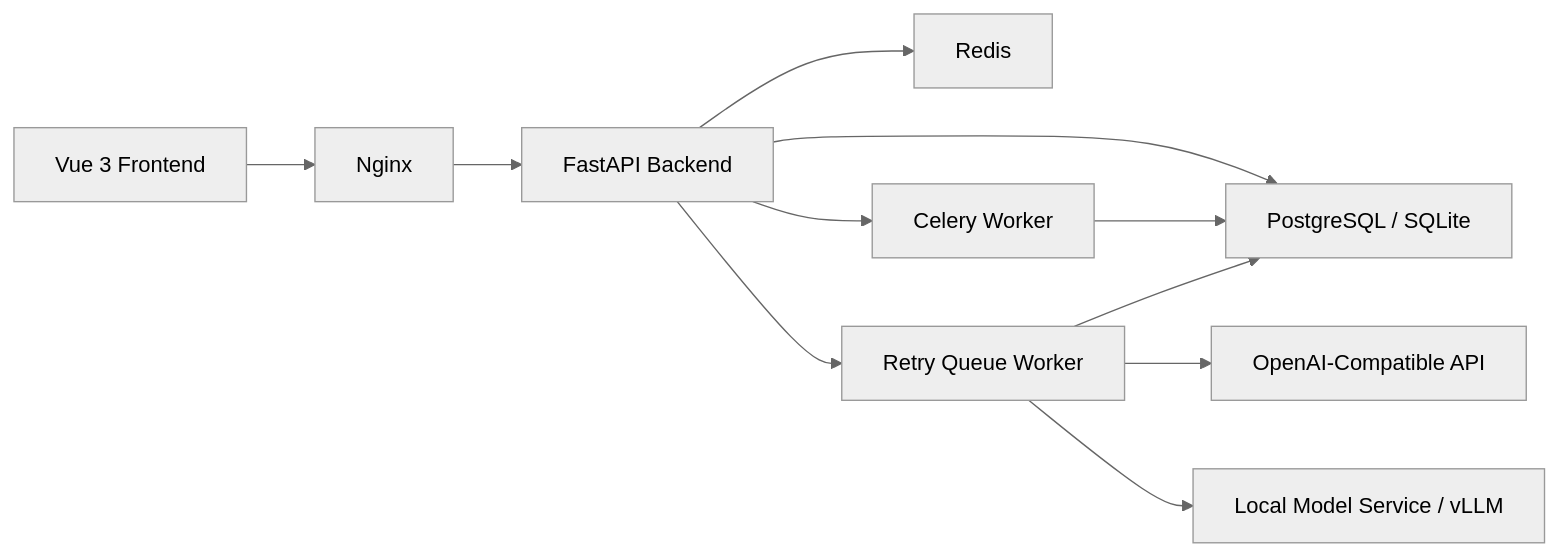
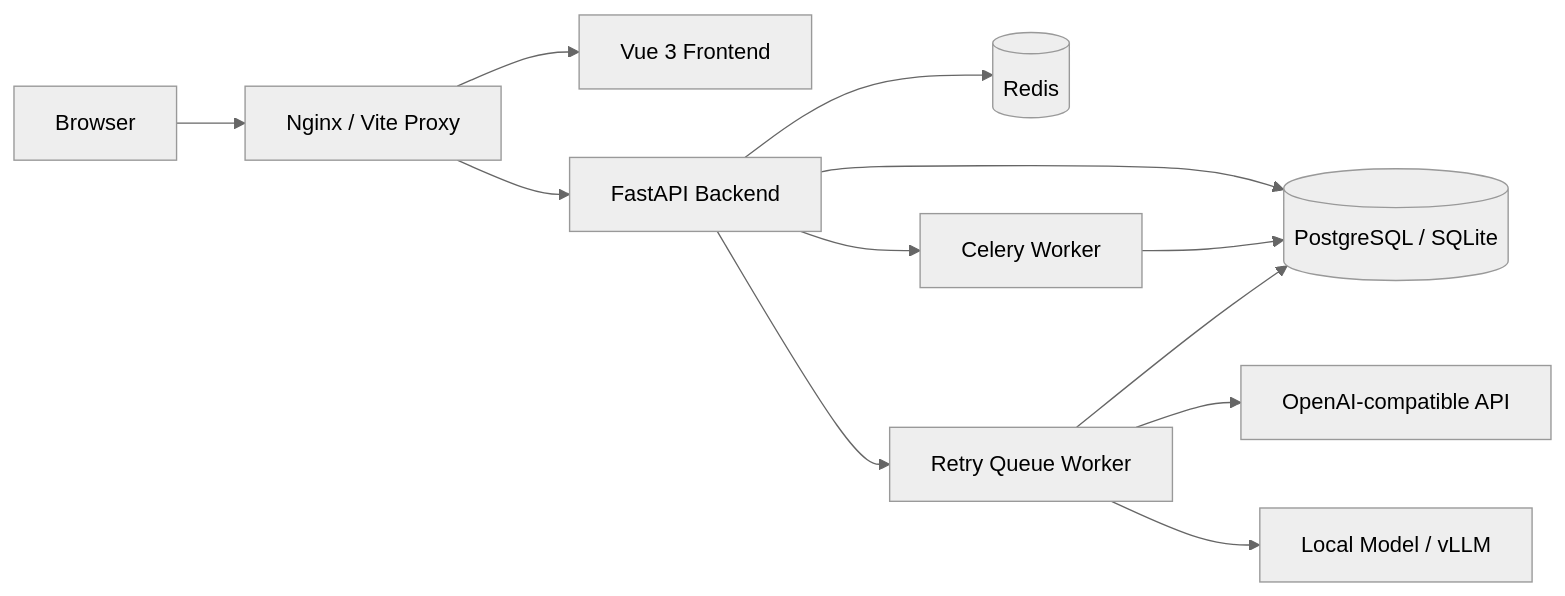
Before and after one commit to BoringZheng/Boring-Financial: the diagram in README.md, drawn with Mermaid (neutral theme). The commit also changed other lines of this file, not shown here.

````diff
--- a/README.md
+++ b/README.md
@@ -28,13 +51,14 @@
 ```mermaid
 flowchart LR
-    U["Vue 3 Frontend"] --> N["Nginx"]
-    N --> B["FastAPI Backend"]
-    B --> P["PostgreSQL / SQLite"]
-    B --> R["Redis"]
-    B --> W["Celery Worker"]
-    B --> Q["Retry Queue Worker"]
-    W --> P
-    Q --> P
-    Q --> A["OpenAI-Compatible API"]
-    Q --> M["Local Model Service / vLLM"]
+    Browser["Browser"] --> Gateway["Nginx / Vite Proxy"]
+    Gateway --> Frontend["Vue 3 Frontend"]
+    Gateway --> Backend["FastAPI Backend"]
+    Backend --> Database[("PostgreSQL / SQLite")]
+    Backend --> Redis[("Redis")]
+    Backend --> Celery["Celery Worker"]
+    Backend --> Retry["Retry Queue Worker"]
+    Celery --> Database
+    Retry --> Database
+    Retry --> API["OpenAI-compatible API"]
+    Retry --> Local["Local Model / vLLM"]
 ```
````
